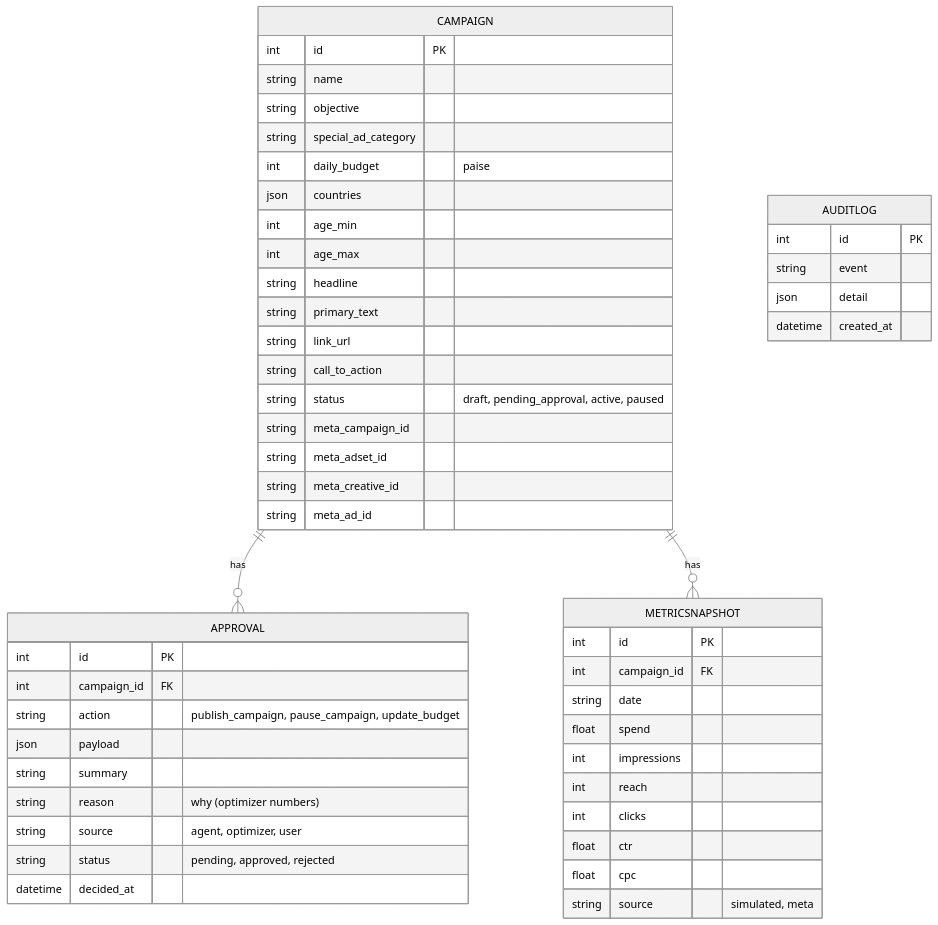
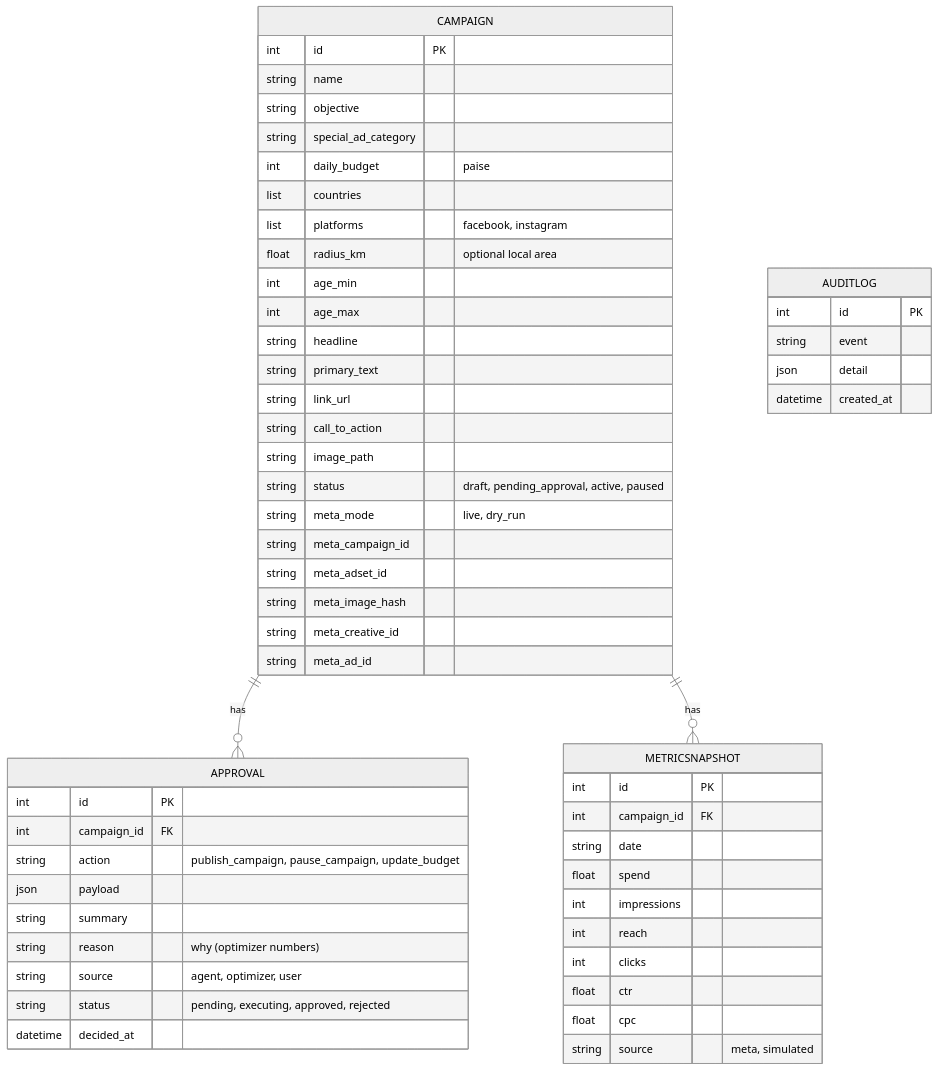
The ninth of 9 diagrams in ARCHITECTURE.md (Deora88/milo-marketing-agent), drawn with Mermaid (neutral theme) before and after one commit. The commit also changed other lines of this file and 47 other files, not shown here.

````diff
--- a/ARCHITECTURE.md
+++ b/ARCHITECTURE.md
@@ -346,53 +372,58 @@
 ```mermaid
 erDiagram
     CAMPAIGN ||--o{ APPROVAL : "has"
     CAMPAIGN ||--o{ METRICSNAPSHOT : "has"
     CAMPAIGN {
         int id PK
         string name
         string objective
         string special_ad_category
         int daily_budget "paise"
-        json countries
+        list countries
+        list platforms "facebook, instagram"
+        float radius_km "optional local area"
         int age_min
         int age_max
         string headline
         string primary_text
         string link_url
         string call_to_action
+        string image_path
         string status "draft, pending_approval, active, paused"
+        string meta_mode "live, dry_run"
         string meta_campaign_id
         string meta_adset_id
+        string meta_image_hash
         string meta_creative_id
         string meta_ad_id
     }
     APPROVAL {
         int id PK
         int campaign_id FK
         string action "publish_campaign, pause_campaign, update_budget"
         json payload
         string summary
         string reason "why (optimizer numbers)"
         string source "agent, optimizer, user"
-        string status "pending, approved, rejected"
+        string status "pending, executing, approved, rejected"
         datetime decided_at
     }
     METRICSNAPSHOT {
         int id PK
         int campaign_id FK
         string date
         float spend
         int impressions
         int reach
         int clicks
         float ctr
         float cpc
-        string source "simulated, meta"
+        string source "meta, simulated"
     }
     AUDITLOG {
         int id PK
         string event
         json detail
         datetime created_at
     }
 ```
````
